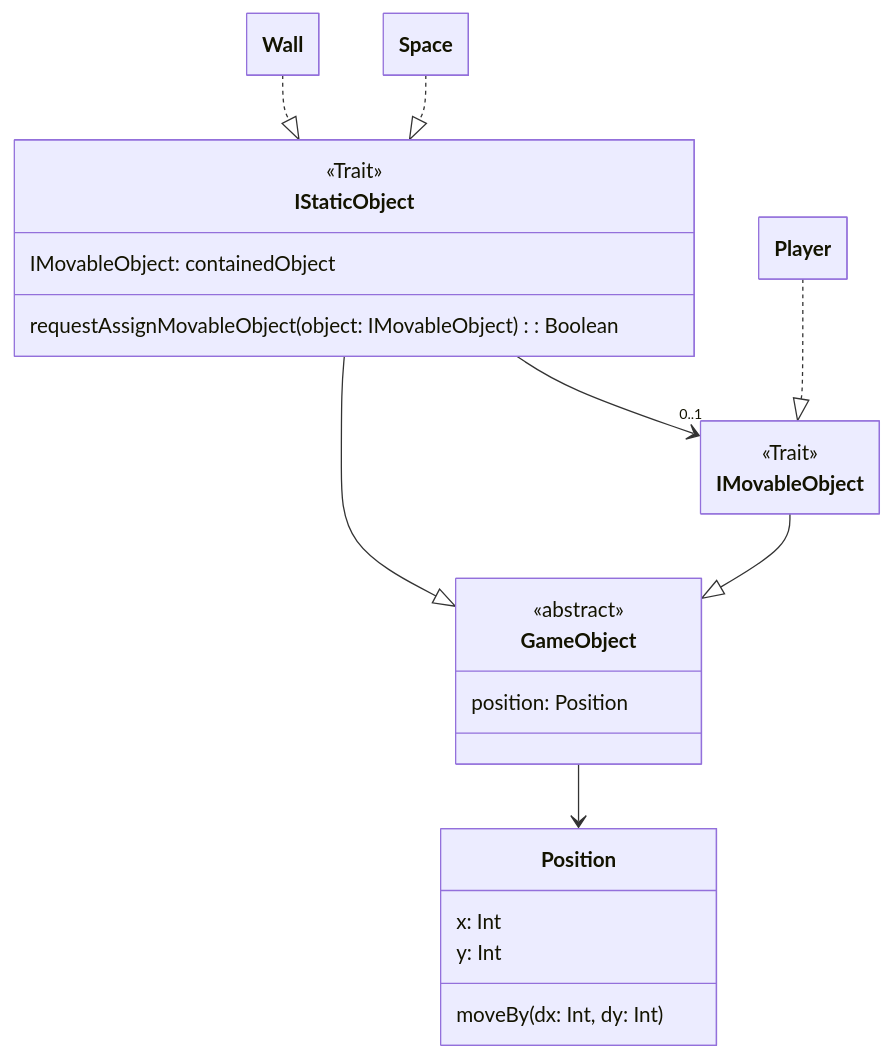
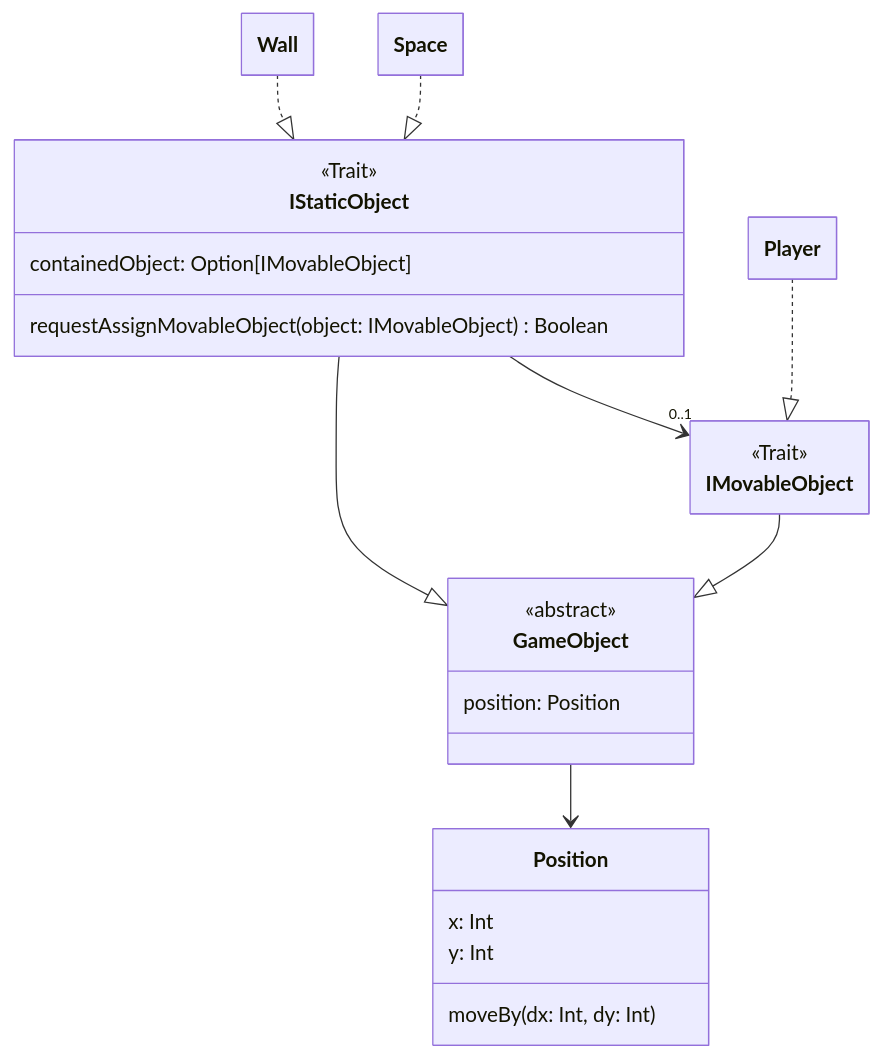
The diagram in README.md (arsenedo/LabyrinthGame), drawn with Mermaid before and after one commit. The commit also changed other lines of this file and 8 other files, not shown here.

Commit message:
Add initial classes, display labyrinth in fun graphics

````diff
--- a/README.md
+++ b/README.md
@@ -24,51 +26,51 @@
 ```mermaid
 ---
 config:
     class:
         hideEmptyMembersBox: true
     layout: dagre
 ---
 classDiagram
 direction TB
     class GameObject {
         position: Position
     }
 
     class IStaticObject {
-        IMovableObject: containedObject
-        requestAssignMovableObject(object: IMovableObject) : Boolean
+        containedObject: Option[IMovableObject]
+        requestAssignMovableObject(object: IMovableObject) Boolean
     }
 
     class IMovableObject {
     }
     
     class Position {
         x: Int
         y: Int
         
         moveBy(dx: Int, dy: Int)
     }
 
     class Wall {
     }
 
     class Space {
     }
 
     class Player {
     }
 
     <<abstract>> GameObject
     <<Trait>> IStaticObject
     <<Trait>> IMovableObject
 
     GameObject --> Position
 
     IStaticObject --|> GameObject
     IStaticObject --> "0..1" IMovableObject
     IMovableObject --|> GameObject
 
     Wall ..|> IStaticObject
     Space ..|> IStaticObject
     Player ..|> IMovableObject
 ```
````
